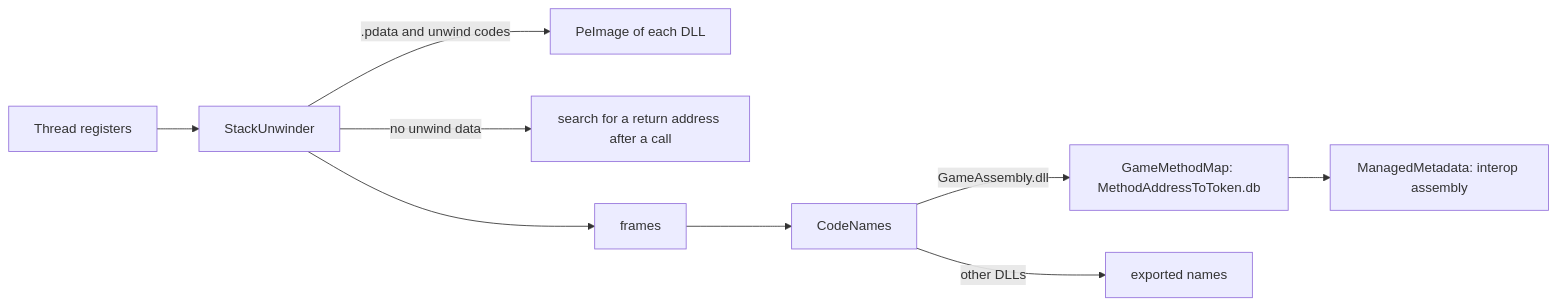
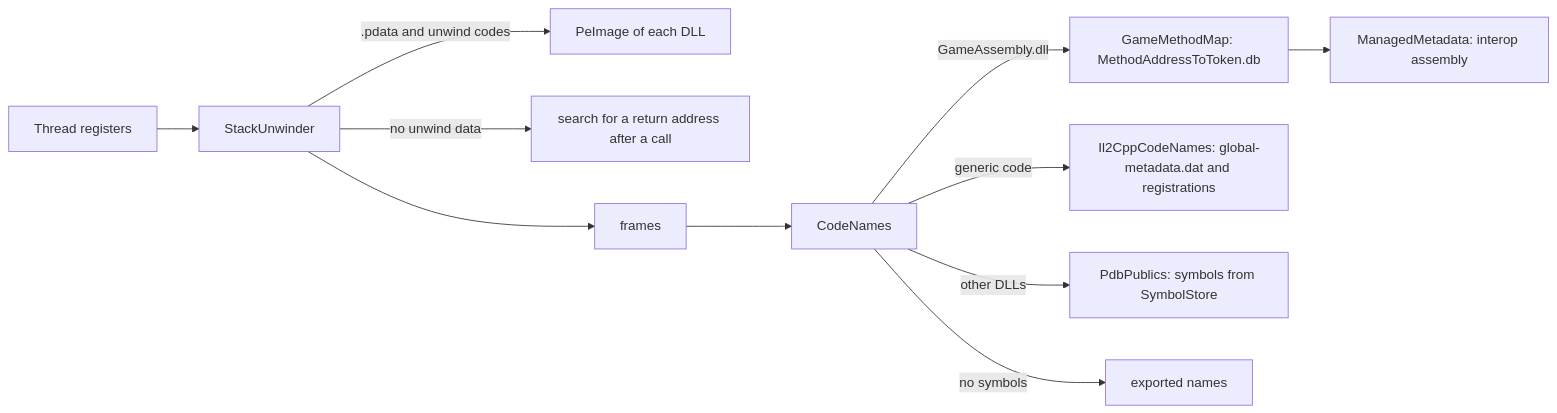
The diagram in tools/CatLib.CrashWatcher/README.md (okatodev/CatLib), drawn with Mermaid before and after one commit. The commit also changed other lines of this file and 39 other files, not shown here.

First line of the commit message:
Crash watcher: Unity and Windows symbols, generic method names

````diff
--- a/tools/CatLib.CrashWatcher/README.md
+++ b/tools/CatLib.CrashWatcher/README.md
@@ -45,11 +46,13 @@
 ```mermaid
 flowchart LR
     A[Thread registers] --> B[StackUnwinder]
     B -->|.pdata and unwind codes| C[PeImage of each DLL]
     B -->|no unwind data| D[search for a return address after a call]
     B --> E[frames]
     E --> F[CodeNames]
     F -->|GameAssembly.dll| G[GameMethodMap: MethodAddressToToken.db]
     G --> H[ManagedMetadata: interop assembly]
-    F -->|other DLLs| I[exported names]
+    F -->|generic code| J[Il2CppCodeNames: global-metadata.dat and registrations]
+    F -->|other DLLs| K[PdbPublics: symbols from SymbolStore]
+    F -->|no symbols| I[exported names]
 ```
````
